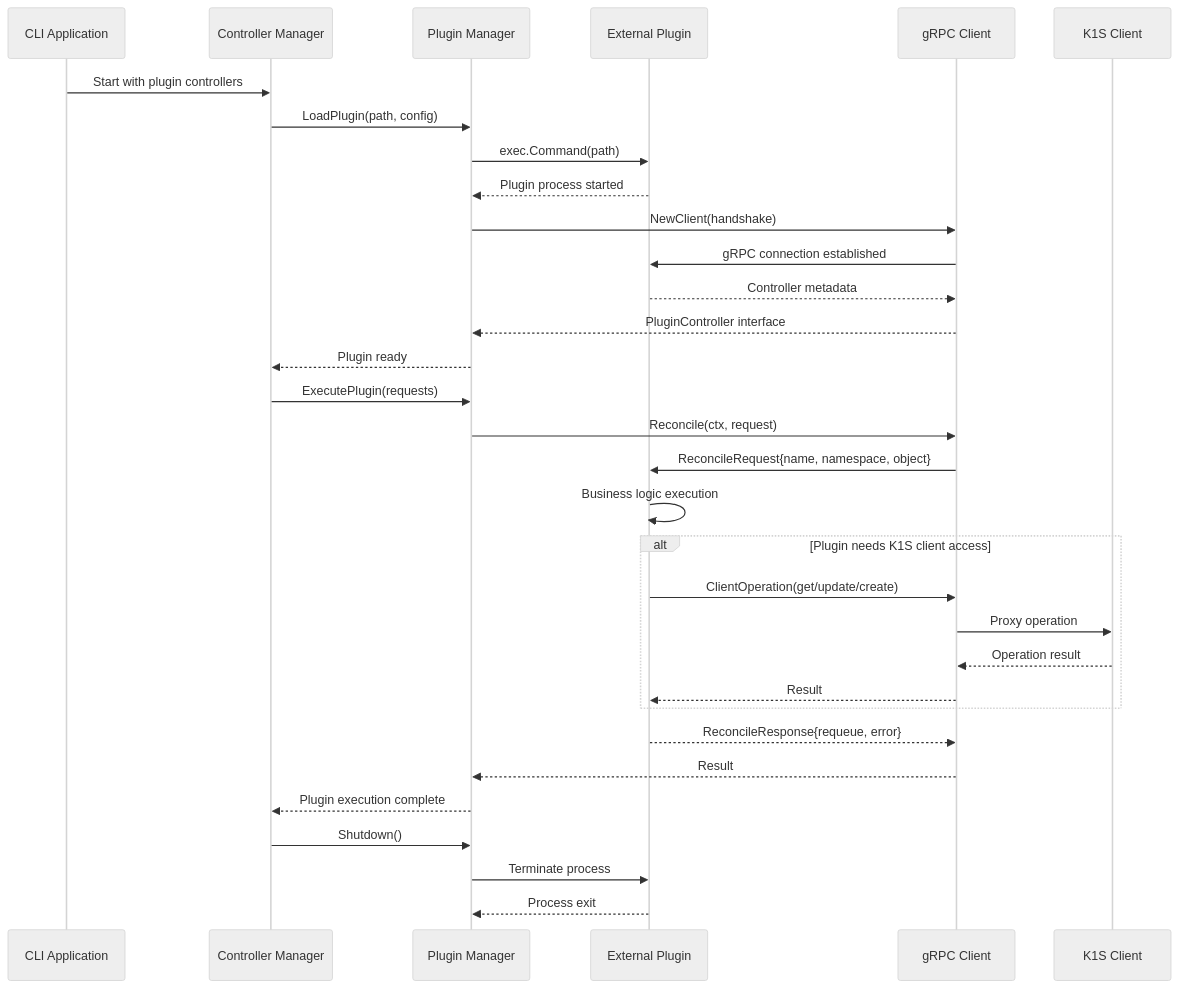
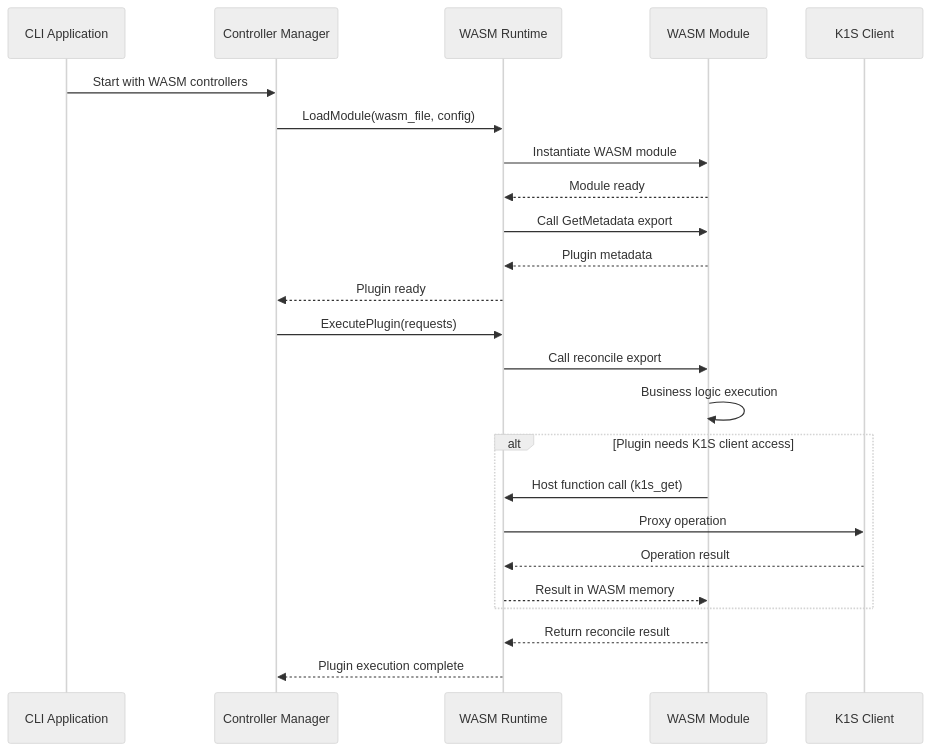
One commit to dtomasi/k1s changed the third of 4 diagrams in docs/Controller-Runtime-Package.md. Above: the diagram before and after it, drawn with Mermaid (neutral theme). The commit also changed other lines of this file and 5 other files, not shown here.

Commit message:
chore(architecture): update documentation regarding controller-runtime with internal and external plugins via wasm

````diff
--- a/docs/Controller-Runtime-Package.md
+++ b/docs/Controller-Runtime-Package.md
@@ -146,40 +153,31 @@
 ```mermaid
 sequenceDiagram
     participant CLI as CLI Application
     participant Manager as Controller Manager
-    participant PluginMgr as Plugin Manager
-    participant Plugin as External Plugin
-    participant gRPC as gRPC Client
+    participant WASM as WASM Runtime
+    participant Plugin as WASM Module
     participant Client as K1S Client
 
-    CLI->>Manager: Start with plugin controllers
-    Manager->>PluginMgr: LoadPlugin(path, config)
-    PluginMgr->>Plugin: exec.Command(path)
-    Plugin-->>PluginMgr: Plugin process started
-    PluginMgr->>gRPC: NewClient(handshake)
-    gRPC->>Plugin: gRPC connection established
-    Plugin-->>gRPC: Controller metadata
-    gRPC-->>PluginMgr: PluginController interface
-    PluginMgr-->>Manager: Plugin ready
+    CLI->>Manager: Start with WASM controllers
+    Manager->>WASM: LoadModule(wasm_file, config)
+    WASM->>Plugin: Instantiate WASM module
+    Plugin-->>WASM: Module ready
+    WASM->>Plugin: Call GetMetadata export
+    Plugin-->>WASM: Plugin metadata
+    WASM-->>Manager: Plugin ready
     
-    Manager->>PluginMgr: ExecutePlugin(requests)
-    PluginMgr->>gRPC: Reconcile(ctx, request)
-    gRPC->>Plugin: ReconcileRequest{name, namespace, object}
+    Manager->>WASM: ExecutePlugin(requests)
+    WASM->>Plugin: Call reconcile export
     
     Plugin->>Plugin: Business logic execution
     
     alt Plugin needs K1S client access
-        Plugin->>gRPC: ClientOperation(get/update/create)
-        gRPC->>Client: Proxy operation
-        Client-->>gRPC: Operation result
-        gRPC-->>Plugin: Result
+        Plugin->>WASM: Host function call (k1s_get)
+        WASM->>Client: Proxy operation
+        Client-->>WASM: Operation result
+        WASM-->>Plugin: Result in WASM memory
     end
     
-    Plugin-->>gRPC: ReconcileResponse{requeue, error}
-    gRPC-->>PluginMgr: Result
-    PluginMgr-->>Manager: Plugin execution complete
-    
-    Manager->>PluginMgr: Shutdown()
-    PluginMgr->>Plugin: Terminate process
-    Plugin-->>PluginMgr: Process exit
+    Plugin-->>WASM: Return reconcile result
+    WASM-->>Manager: Plugin execution complete
 ```
````
